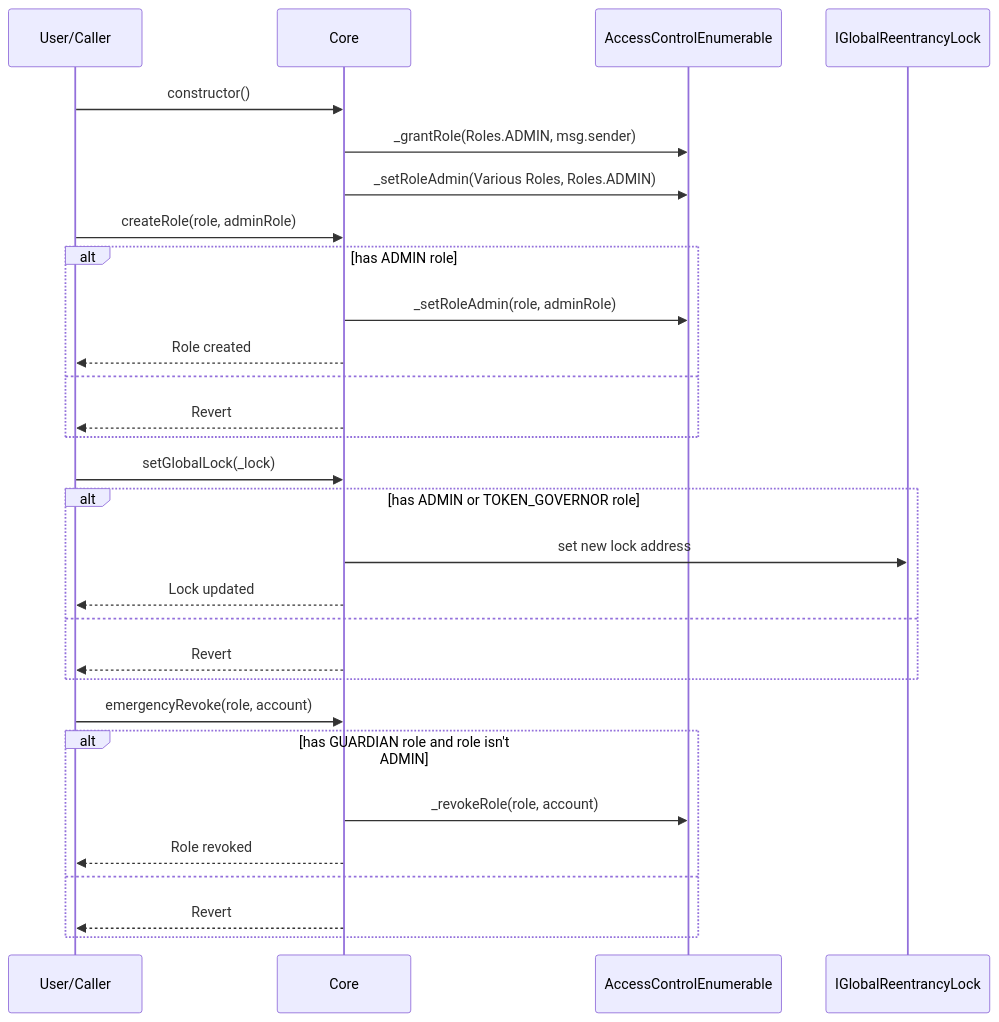
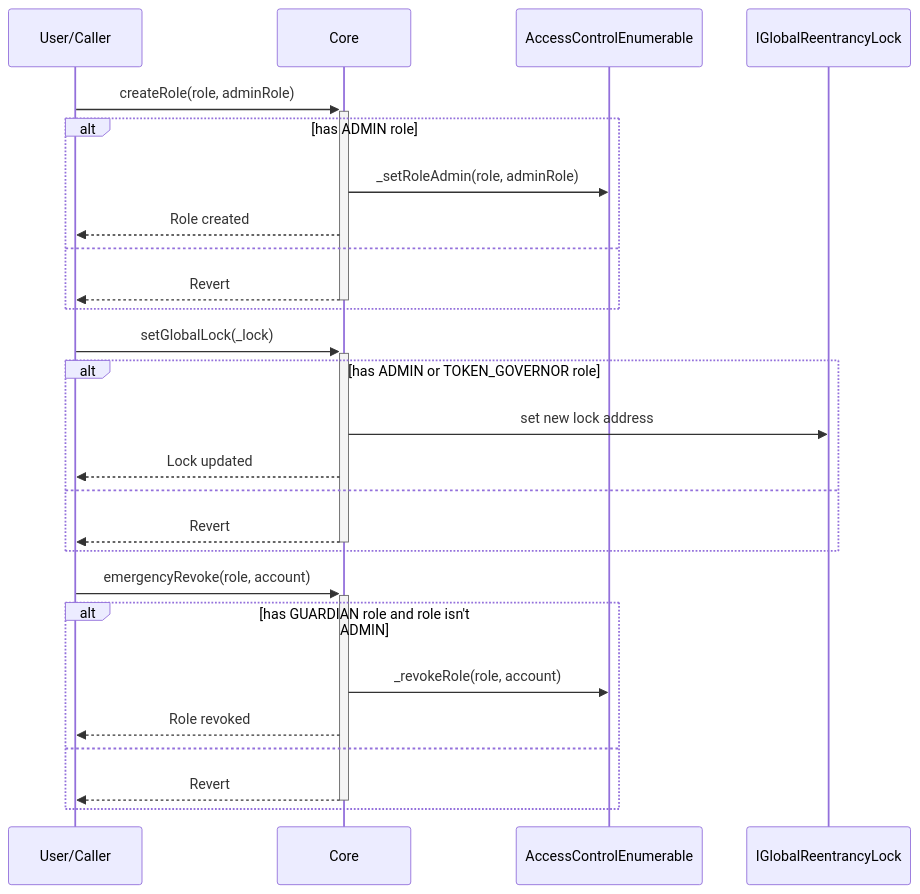
The second of 2 diagrams in doc/contracts/core/Core.md (ZTX-Foundation/tuxedo), drawn with Mermaid before and after one commit. The commit also changed 12 other files, not shown here.

Commit message:
feat: updated sequence diagrams

````diff
--- a/doc/contracts/core/Core.md
+++ b/doc/contracts/core/Core.md
@@ -18,35 +18,31 @@
 ```mermaid
 sequenceDiagram
     participant User as User/Caller
     participant Core
     participant AccessControlEnumerable
-    participant Lock as IGlobalReentrancyLock
+    participant IGlobalReentrancyLock
 
-    User->>Core: constructor()
-    Core->>AccessControlEnumerable: _grantRole(Roles.ADMIN, msg.sender)
-    Core->>AccessControlEnumerable: _setRoleAdmin(Various Roles, Roles.ADMIN)
-
-    User->>Core: createRole(role, adminRole)
+    User->>+Core: createRole(role, adminRole)
     alt has ADMIN role
         Core->>AccessControlEnumerable: _setRoleAdmin(role, adminRole)
         Core-->>User: Role created
     else
-        Core-->>User: Revert
+        Core-->>-User: Revert
     end
     
-    User->>Core: setGlobalLock(_lock)
+    User->>+Core: setGlobalLock(_lock)
     alt has ADMIN or TOKEN_GOVERNOR role
-        Core->>Lock: set new lock address
+        Core->>IGlobalReentrancyLock: set new lock address
         Core-->>User: Lock updated
     else
-        Core-->>User: Revert
+        Core-->>-User: Revert
     end
     
-    User->>Core: emergencyRevoke(role, account)
+    User->>+Core: emergencyRevoke(role, account)
     alt has GUARDIAN role and role isn't ADMIN
         Core->>AccessControlEnumerable: _revokeRole(role, account)
         Core-->>User: Role revoked
     else
-        Core-->>User: Revert
+        Core-->>-User: Revert
     end
 ```
````
